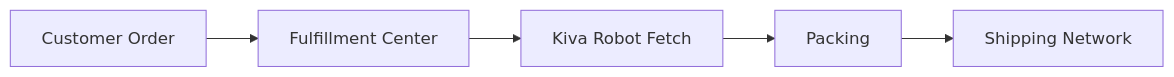
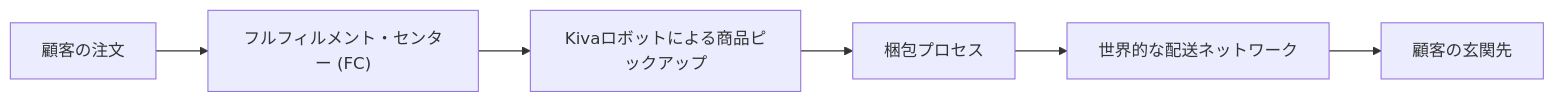
The diagram in content/post/history-of-amazon/index.md (kenjinote/blog), drawn with Mermaid before and after one commit. The commit also changed other lines of this file and 276 other files, not shown here.

````diff
--- a/content/post/history-of-amazon/index.md
+++ b/content/post/history-of-amazon/index.md
@@ -21,7 +41,8 @@
 ```mermaid
 flowchart LR
-    Customer["Customer Order"] --> FC["Fulfillment Center"]
-    FC --> Robot["Kiva Robot Fetch"]
-    Robot --> Pack["Packing"]
-    Pack --> Ship["Shipping Network"]
+    Customer["顧客の注文"] --> FC["フルフィルメント・センター (FC)"]
+    FC --> Robot["Kivaロボットによる商品ピックアップ"]
+    Robot --> Pack["梱包プロセス"]
+    Pack --> Ship["世界的な配送ネットワーク"]
+    Ship --> Door["顧客の玄関先"]
 ```
````
